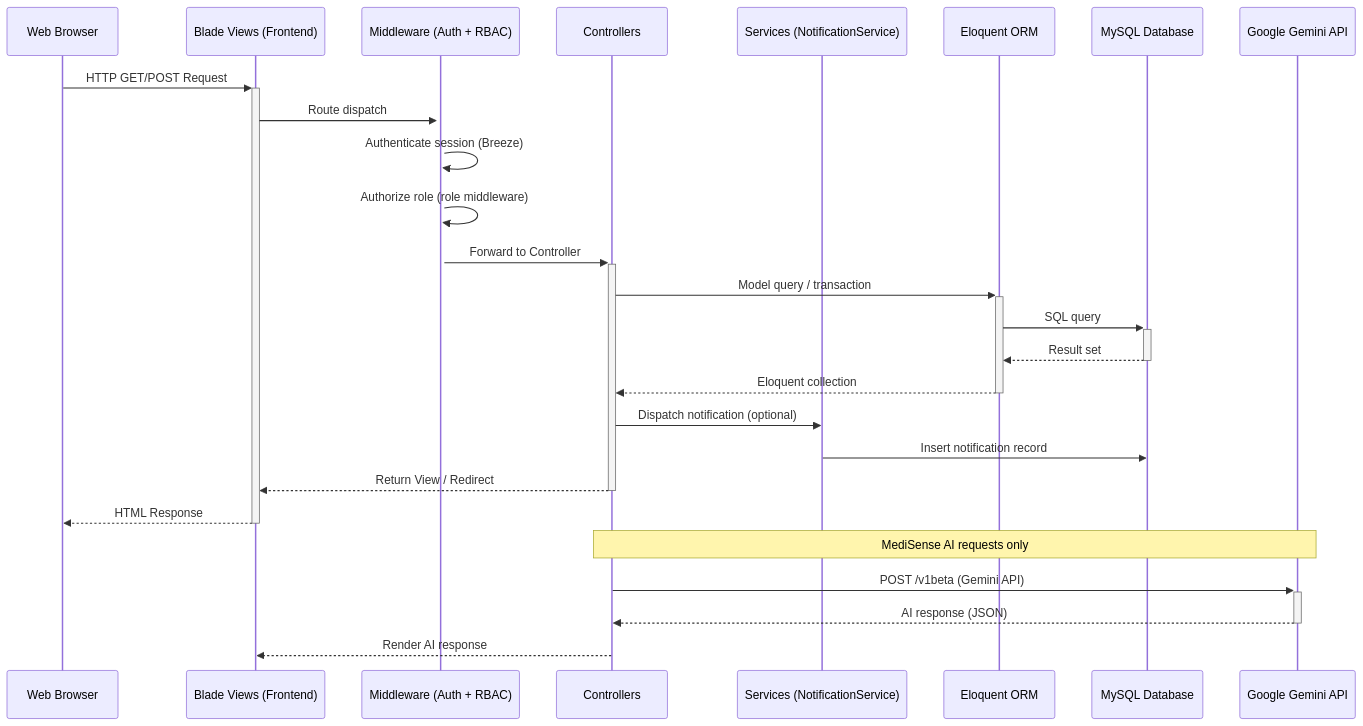
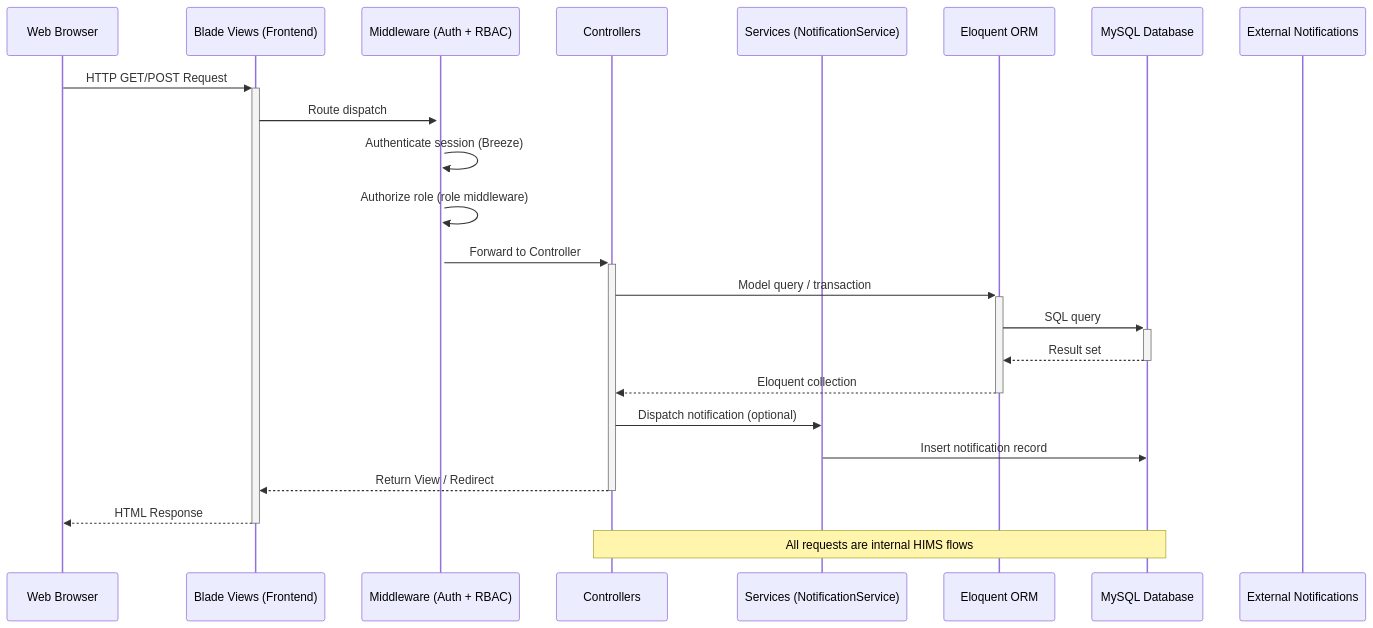
The fourth of 14 diagrams in hims_14_diagrams.md (Lesthermonleon/DTCS), drawn with Mermaid before and after one commit. The commit also changed other lines of this file and 43 other files, not shown here.

Commit message:
new version of MediSense AI

````diff
--- a/hims_14_diagrams.md
+++ b/hims_14_diagrams.md
@@ -138,30 +126,27 @@
 ```mermaid
 sequenceDiagram
     participant BR as Web Browser
     participant FE as Blade Views (Frontend)
     participant MW as Middleware (Auth + RBAC)
     participant CT as Controllers
     participant SV as Services (NotificationService)
     participant EL as Eloquent ORM
     participant DB as MySQL Database
-    participant EXT as Google Gemini API
+    participant EXT as External Notifications
 
     BR->>+FE: HTTP GET/POST Request
     FE->>+MW: Route dispatch
     MW->>MW: Authenticate session (Breeze)
     MW->>MW: Authorize role (role middleware)
     MW->>+CT: Forward to Controller
     CT->>+EL: Model query / transaction
     EL->>+DB: SQL query
     DB-->>-EL: Result set
     EL-->>-CT: Eloquent collection
     CT->>SV: Dispatch notification (optional)
     SV->>DB: Insert notification record
     CT-->>-FE: Return View / Redirect
     FE-->>-BR: HTML Response
 
-    Note over CT,EXT: MediSense AI requests only
-    CT->>+EXT: POST /v1beta (Gemini API)
-    EXT-->>-CT: AI response (JSON)
-    CT-->>FE: Render AI response
+    Note over CT,DB: All requests are internal HIMS flows
 ```
````
